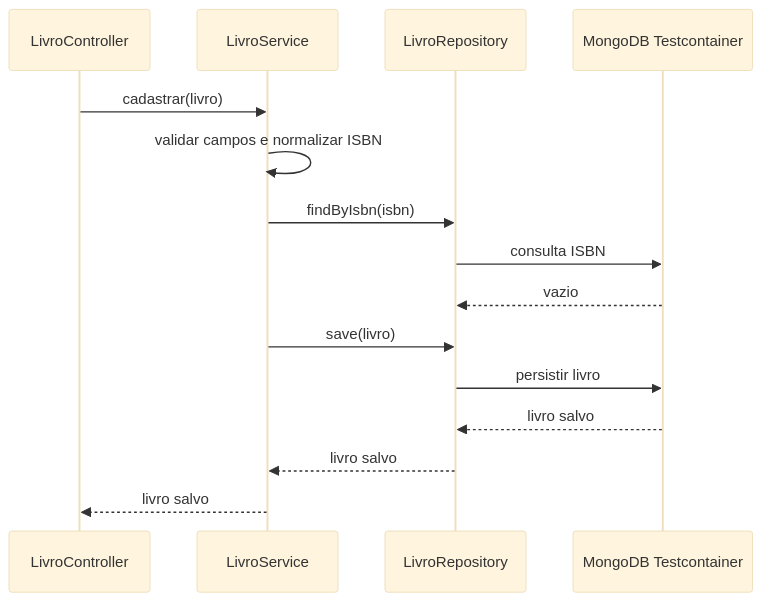
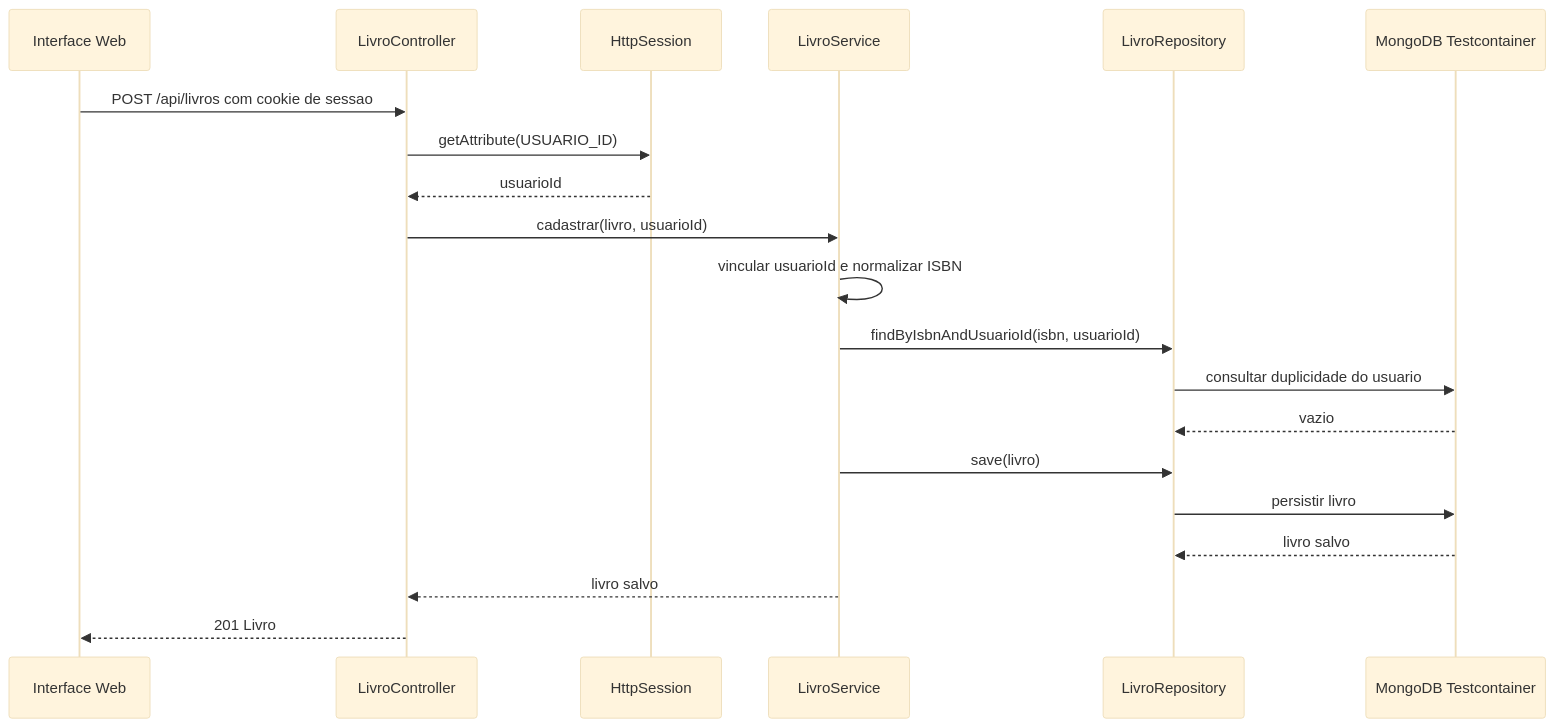
One commit to rafalima1907/gerenciador_bibliotecas changed the fifth of 12 diagrams in RTM.md. Above: the diagram before and after it, drawn with Mermaid (base theme). The commit also changed other lines of this file and 3 other files, not shown here.

````diff
--- a/RTM.md
+++ b/RTM.md
@@ -80,18 +153,23 @@
 ```mermaid
 sequenceDiagram
+    participant UI as Interface Web
     participant C as LivroController
+    participant H as HttpSession
     participant S as LivroService
     participant R as LivroRepository
     participant DB as MongoDB Testcontainer
 
-    C->>S: cadastrar(livro)
-    S->>S: validar campos e normalizar ISBN
-    S->>R: findByIsbn(isbn)
-    R->>DB: consulta ISBN
+    UI->>C: POST /api/livros com cookie de sessao
+    C->>H: getAttribute(USUARIO_ID)
+    H-->>C: usuarioId
+    C->>S: cadastrar(livro, usuarioId)
+    S->>S: vincular usuarioId e normalizar ISBN
+    S->>R: findByIsbnAndUsuarioId(isbn, usuarioId)
+    R->>DB: consultar duplicidade do usuario
     DB-->>R: vazio
     S->>R: save(livro)
     R->>DB: persistir livro
     DB-->>R: livro salvo
-    R-->>S: livro salvo
     S-->>C: livro salvo
+    C-->>UI: 201 Livro
 ```
````
